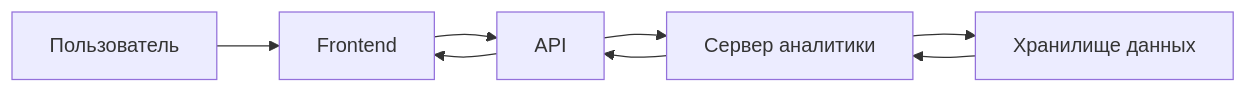
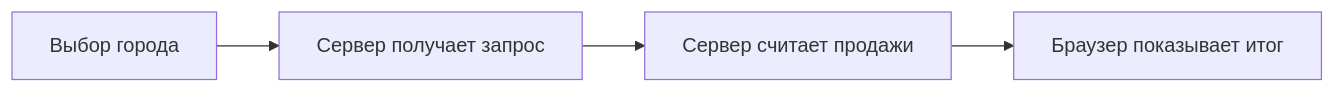
Before and after one commit to NBog19/Fullstack-Engineering-Roadmap: the diagram in 01_Basics/02_JavaScript/06_OLAP.md, drawn with Mermaid. The commit also changed other lines of this file and 10 other files, not shown here.

````diff
--- a/01_Basics/02_JavaScript/06_OLAP.md
+++ b/01_Basics/02_JavaScript/06_OLAP.md
@@ -32,10 +28,6 @@
-```mermaid
+~~~mermaid
 flowchart LR
-    U[Пользователь] --> F[Frontend]
-    F --> A[API]
-    A --> S[Сервер аналитики]
-    S --> D[Хранилище данных]
-    D --> S
-    S --> A
-    A --> F
-```
+ A[Выбор города] --> B[Сервер получает запрос]
+ B --> C[Сервер считает продажи]
+ C --> D[Браузер показывает итог]
+~~~
````
